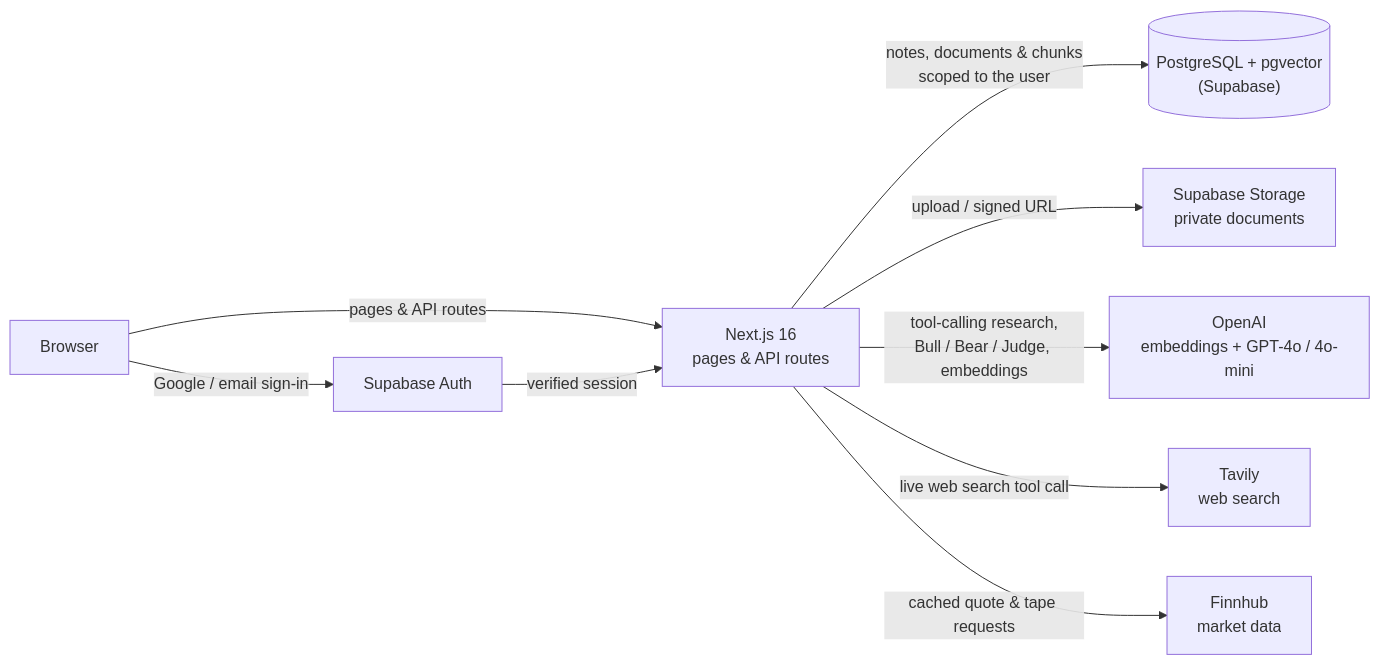
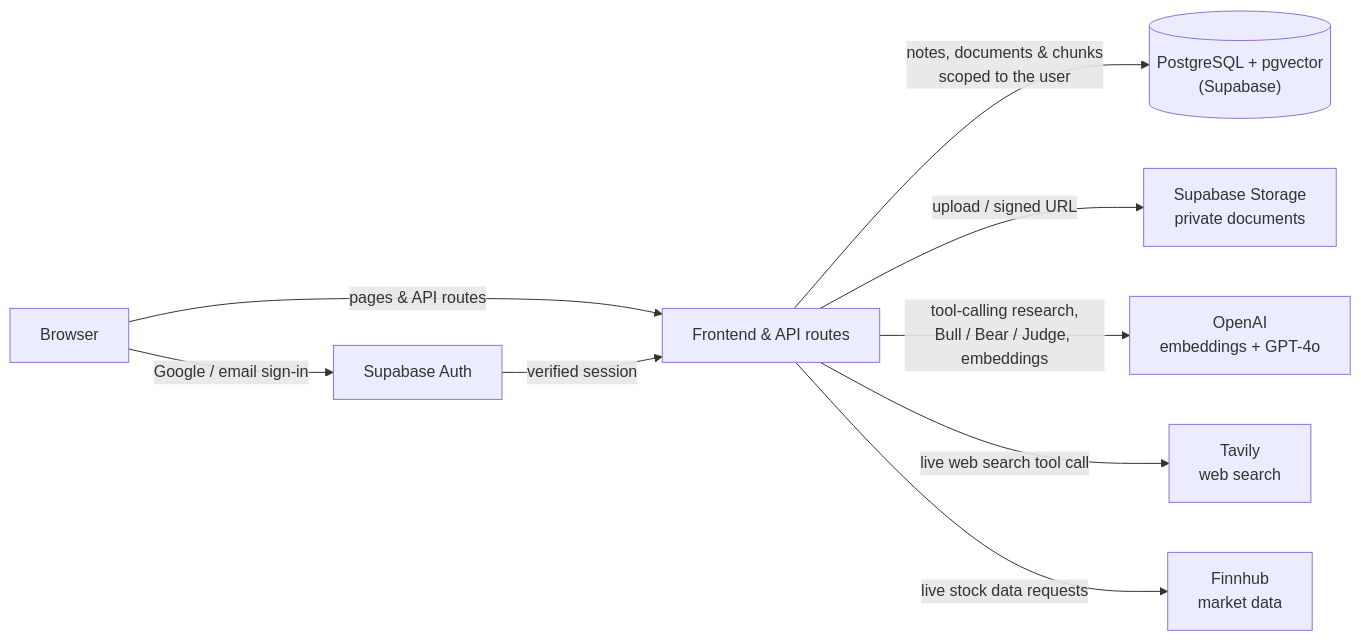
The diagram in README.md (nancy-kataria/Bull-v-Bear), drawn with Mermaid before and after one commit.

Commit message:
architecture label update

````diff
--- a/README.md
+++ b/README.md
@@ -61,20 +61,20 @@
 ```mermaid
 flowchart LR
     Browser["Browser"]
     Auth["Supabase Auth"]
-    App["Next.js 16<br/>pages & API routes"]
+    App["Frontend & API routes"]
     DB[("PostgreSQL + pgvector<br/>(Supabase)")]
     Storage["Supabase Storage<br/>private documents"]
-    OpenAI["OpenAI<br/>embeddings + GPT-4o / 4o-mini"]
+    OpenAI["OpenAI<br/>embeddings + GPT-4o"]
     Tavily["Tavily<br/>web search"]
     Finnhub["Finnhub<br/>market data"]
 
     Browser -->|"Google / email sign-in"| Auth
     Browser -->|"pages & API routes"| App
     Auth -->|"verified session"| App
     App -->|"notes, documents & chunks<br/>scoped to the user"| DB
     App -->|"upload / signed URL"| Storage
     App -->|"tool-calling research,<br/>Bull / Bear / Judge, embeddings"| OpenAI
     App -->|"live web search tool call"| Tavily
-    App -->|"cached quote & tape requests"| Finnhub
+    App -->|"live stock data requests"| Finnhub
 ```
````
